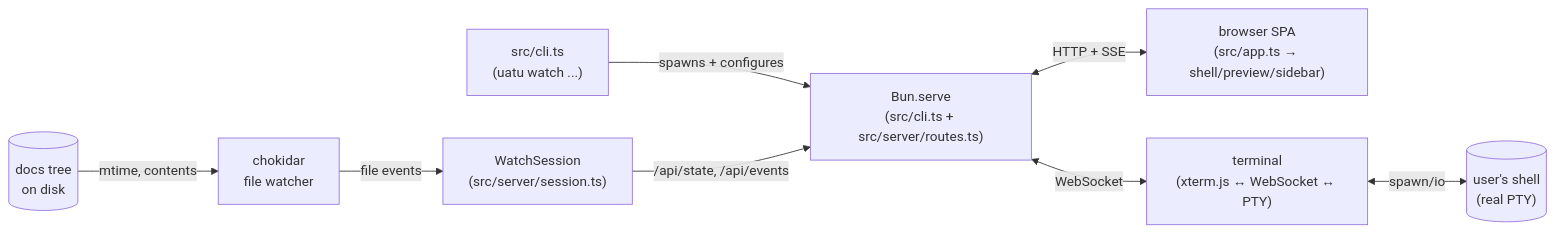
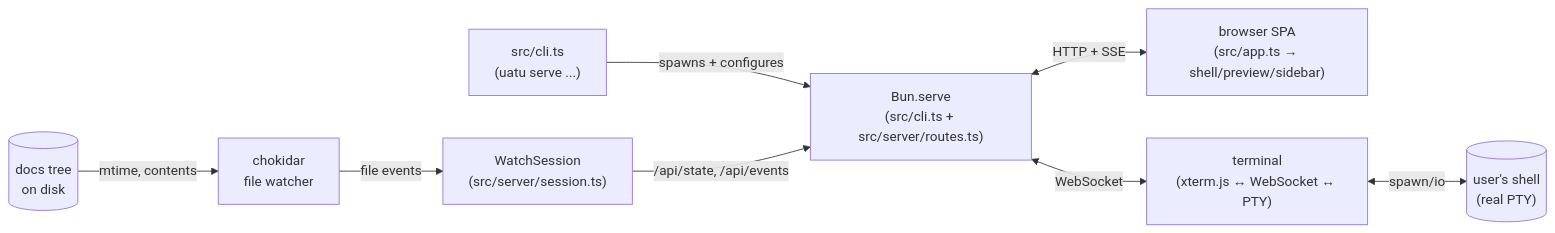
Before and after one commit to tjakobsson/uatu: the first of 5 diagrams in ARCHITECTURE.md, drawn with Mermaid. The commit also changed other lines of this file and 8 other files, not shown here.

First line of the commit message:
feat(cli): make serve the default command; deprecate the watch alias

````diff
--- a/ARCHITECTURE.md
+++ b/ARCHITECTURE.md
@@ -13,19 +13,19 @@
 ```mermaid
 flowchart LR
-  CLI["src/cli.ts<br/>(uatu watch ...)"]
+  CLI["src/cli.ts<br/>(uatu serve ...)"]
   WS["chokidar<br/>file watcher"]
   Server["Bun.serve<br/>(src/cli.ts + src/server/routes.ts)"]
   Session["WatchSession<br/>(src/server/session.ts)"]
   SPA["browser SPA<br/>(src/app.ts → shell/preview/sidebar)"]
   Term["terminal<br/>(xterm.js ↔ WebSocket ↔ PTY)"]
   FS[("docs tree<br/>on disk")]
   Term_PTY[("user's shell<br/>(real PTY)")]
 
   CLI -- spawns + configures --> Server
   WS -- file events --> Session
   FS -- mtime, contents --> WS
   Server <-- HTTP + SSE --> SPA
   Server <-- WebSocket --> Term
   Term <-- spawn/io --> Term_PTY
   Session -- /api/state, /api/events --> Server
 ```
````
